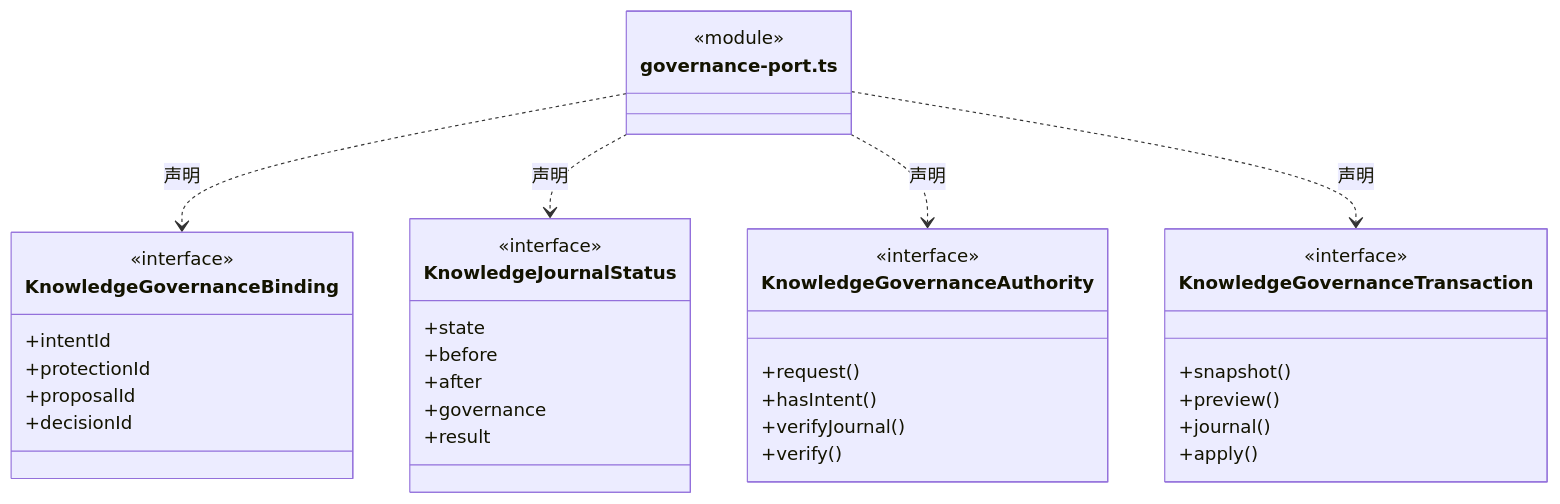
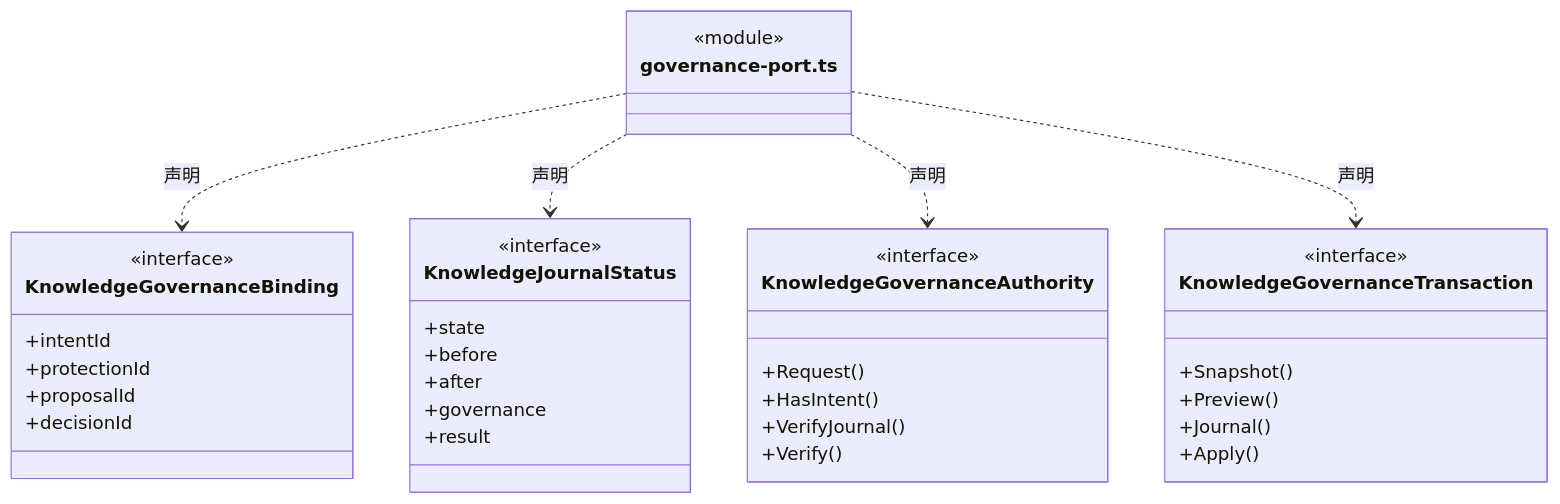
Before and after one commit to nan023062/cbim: the second of 9 diagrams in src/logic/knowledge/storage/ARCHITECTURE.md, drawn with Mermaid. The commit also changed other lines of this file and 1035 other files, not shown here.

````diff
--- a/src/logic/knowledge/storage/ARCHITECTURE.md
+++ b/src/logic/knowledge/storage/ARCHITECTURE.md
@@ -40,39 +40,39 @@
 ```mermaid
 classDiagram
 class N_src_logic_knowledge_storage_governance_port_ts["governance-port.ts"] {
   <<module>>
 }
 class N_src_logic_knowledge_storage_governance_port_ts_KnowledgeGovernanceBinding["KnowledgeGovernanceBinding"] {
   <<interface>>
   +intentId
   +protectionId
   +proposalId
   +decisionId
 }
 N_src_logic_knowledge_storage_governance_port_ts ..> N_src_logic_knowledge_storage_governance_port_ts_KnowledgeGovernanceBinding : 声明
 class N_src_logic_knowledge_storage_governance_port_ts_KnowledgeJournalStatus["KnowledgeJournalStatus"] {
   <<interface>>
   +state
   +before
   +after
   +governance
   +result
 }
 N_src_logic_knowledge_storage_governance_port_ts ..> N_src_logic_knowledge_storage_governance_port_ts_KnowledgeJournalStatus : 声明
 class N_src_logic_knowledge_storage_governance_port_ts_KnowledgeGovernanceAuthority["KnowledgeGovernanceAuthority"] {
   <<interface>>
-  +request()
-  +hasIntent()
-  +verifyJournal()
-  +verify()
+  +Request()
+  +HasIntent()
+  +VerifyJournal()
+  +Verify()
 }
 N_src_logic_knowledge_storage_governance_port_ts ..> N_src_logic_knowledge_storage_governance_port_ts_KnowledgeGovernanceAuthority : 声明
 class N_src_logic_knowledge_storage_governance_port_ts_KnowledgeGovernanceTransaction["KnowledgeGovernanceTransaction"] {
   <<interface>>
-  +snapshot()
-  +preview()
-  +journal()
-  +apply()
+  +Snapshot()
+  +Preview()
+  +Journal()
+  +Apply()
 }
 N_src_logic_knowledge_storage_governance_port_ts ..> N_src_logic_knowledge_storage_governance_port_ts_KnowledgeGovernanceTransaction : 声明
 ```
````
